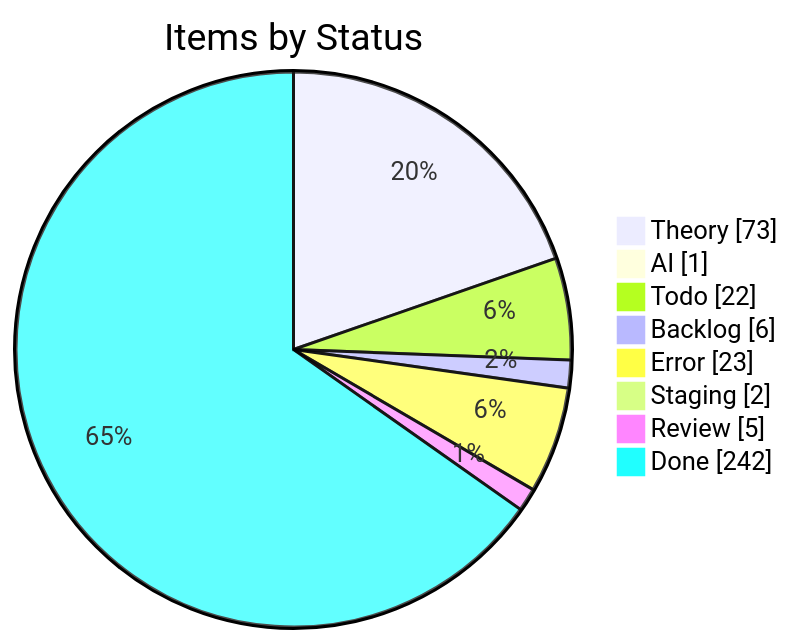
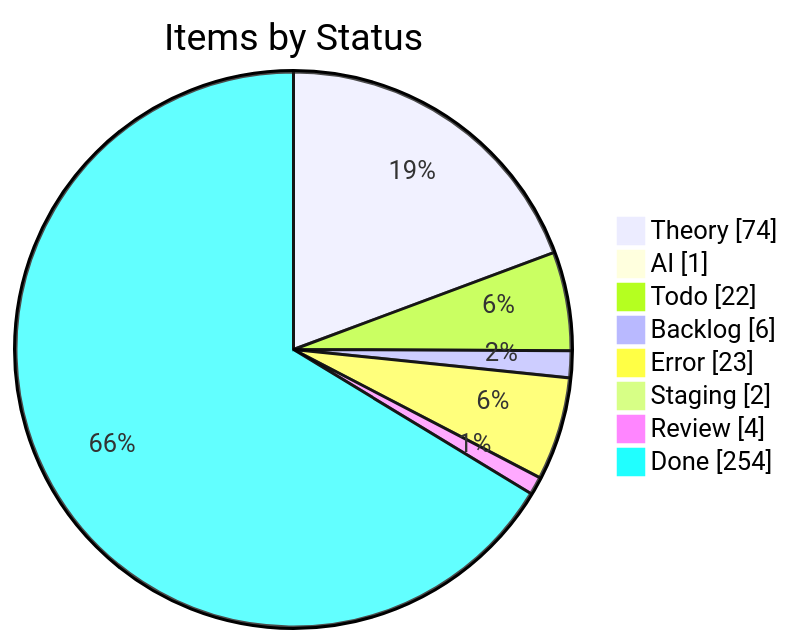
One commit to KBVE/kbve changed the first of 4 diagrams in apps/kbve/astro-kbve/src/content/docs/dashboard/kanban-data.mdx. Above: the diagram before and after it, drawn with Mermaid. The commit also changed other lines of this file and 2 other files, not shown here.

````diff
--- a/apps/kbve/astro-kbve/src/content/docs/dashboard/kanban-data.mdx
+++ b/apps/kbve/astro-kbve/src/content/docs/dashboard/kanban-data.mdx
@@ -189,12 +189,12 @@
 ```mermaid
 pie showData
     title Items by Status
-    "Theory" : 73
+    "Theory" : 74
     "AI" : 1
     "Todo" : 22
     "Backlog" : 6
     "Error" : 23
     "Staging" : 2
-    "Review" : 5
-    "Done" : 242
+    "Review" : 4
+    "Done" : 254
 ```
````
